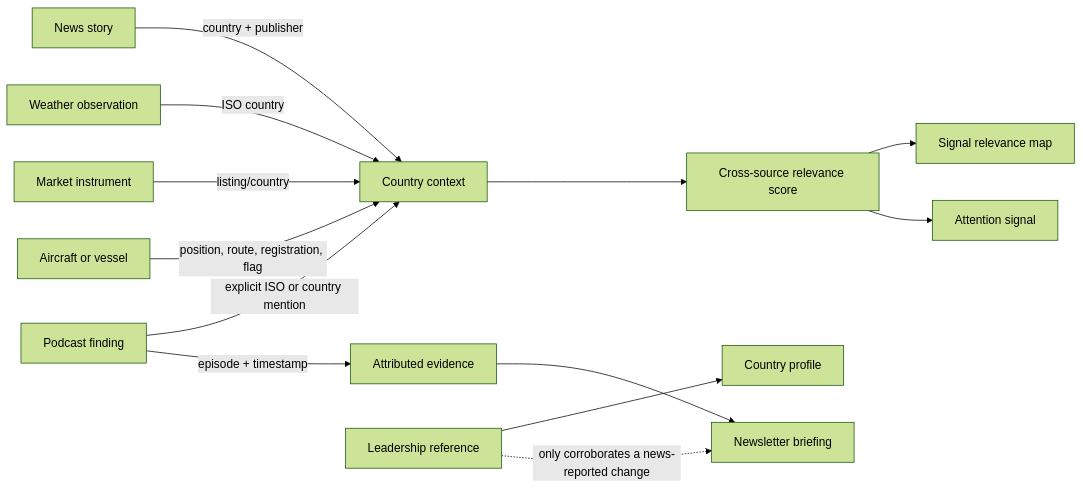
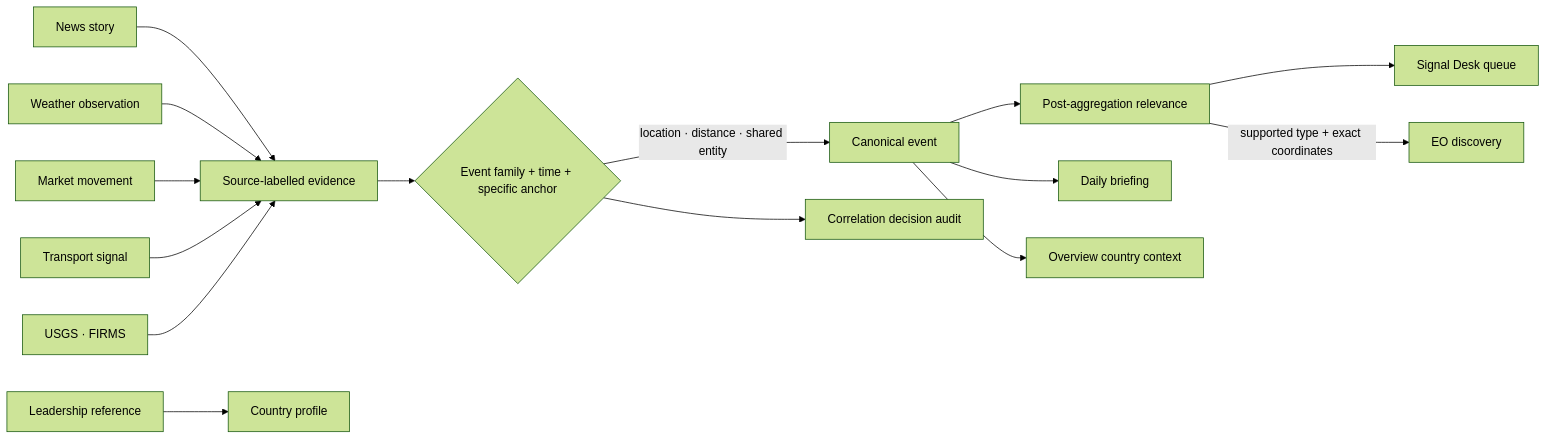
Before and after one commit to eojgroup/claritas: the second of 2 diagrams in docs/architecture/cross-device-design.md, drawn with Mermaid (forest theme). The commit also changed other lines of this file and 63 other files, not shown here.

````diff
--- a/docs/architecture/cross-device-design.md
+++ b/docs/architecture/cross-device-design.md
@@ -62,15 +61,17 @@
 ```mermaid
 flowchart LR
-  Story[News story] -->|country + publisher| Country[Country context]
-  Weather[Weather observation] -->|ISO country| Country
-  Market[Market instrument] -->|listing/country| Country
-  Transport[Aircraft or vessel] -->|position, route, registration, flag| Country
-  Podcast[Podcast finding] -->|explicit ISO or country mention| Country
-  Podcast -->|episode + timestamp| Evidence[Attributed evidence]
+  Story[News story] --> Evidence[Source-labelled evidence]
+  Weather[Weather observation] --> Evidence
+  Market[Market movement] --> Evidence
+  Transport[Transport signal] --> Evidence
+  Official[USGS · FIRMS] --> Evidence
+  Evidence --> Gate{Event family + time + specific anchor}
+  Gate -->|location · distance · shared entity| Event[Canonical event]
+  Gate --> Audit[Correlation decision audit]
+  Event --> Score[Post-aggregation relevance]
+  Score --> Queue[Signal Desk queue]
+  Score -->|supported type + exact coordinates| Satellite[EO discovery]
+  Event --> Brief[Daily briefing]
+  Event --> Country[Overview country context]
   Leader[Leadership reference] --> Profile[Country profile]
-  Country --> Score[Cross-source relevance score]
-  Score --> Map[Signal relevance map]
-  Score --> Queue[Attention signal]
-  Evidence --> Brief[Newsletter briefing]
-  Leader -. only corroborates a news-reported change .-> Brief
 ```
````
